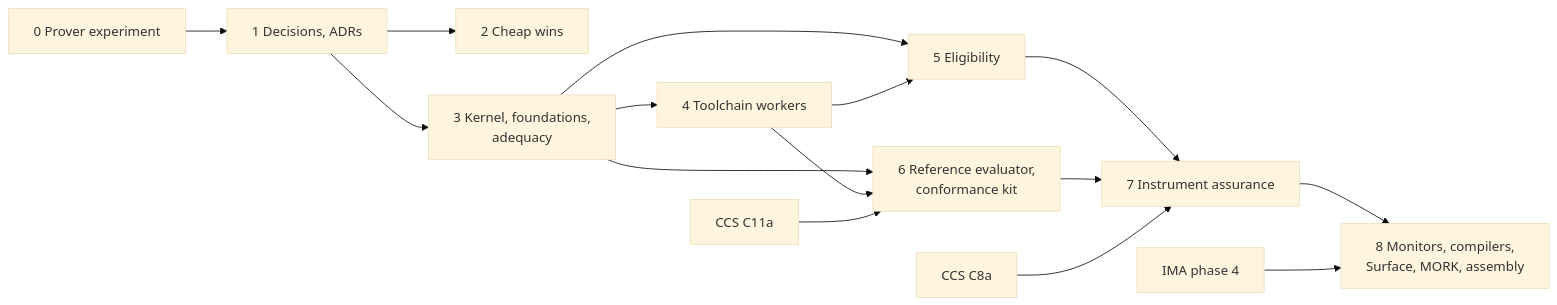
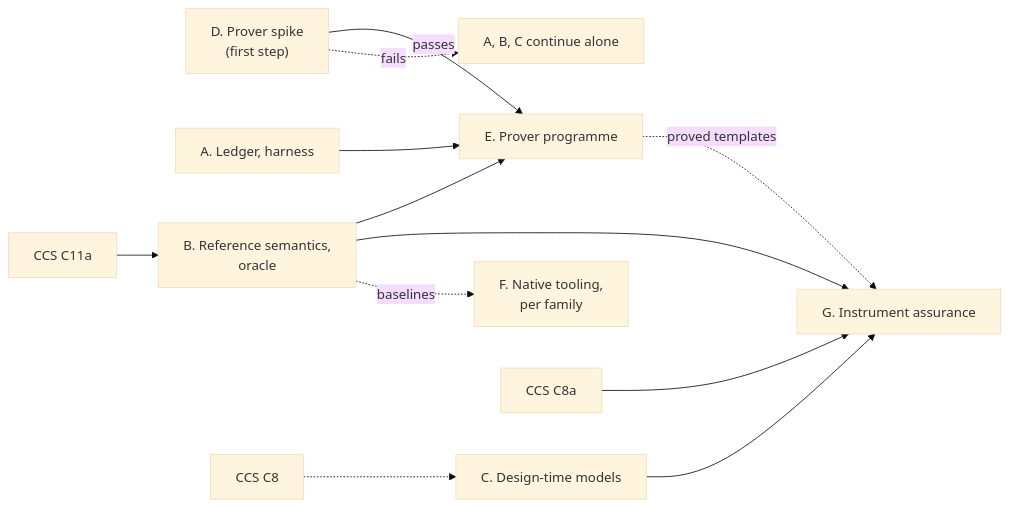
The diagram in docs/developer/plans/formal-methods.md (nebularis/lattice), drawn with Mermaid (base theme) before and after one commit. The commit also changed other lines of this file and 10 other files, not shown here.

````diff
--- a/docs/developer/plans/formal-methods.md
+++ b/docs/developer/plans/formal-methods.md
@@ -63,17 +77,19 @@
 ```mermaid
 flowchart LR
-    P0["0 Prover experiment"] --> P1["1 Decisions, ADRs"]
-    P1 --> P2["2 Cheap wins"]
-    P1 --> P3["3 Kernel, foundations,<br/>adequacy"]
-    P3 --> P4["4 Toolchain workers"]
-    P3 --> P5["5 Eligibility"]
-    P4 --> P5
-    P3 --> P6["6 Reference evaluator,<br/>conformance kit"]
-    P4 --> P6
-    C11a["CCS C11a"] --> P6
-    P5 --> P7["7 Instrument assurance"]
-    P6 --> P7
-    C8a["CCS C8a"] --> P7
-    P7 --> P8["8 Monitors, compilers,<br/>Surface, MORK, assembly"]
-    IMA4["IMA phase 4"] --> P8
+    D["D. Prover spike<br/>(first step)"] -->|passes| E["E. Prover programme"]
+    D -.->|fails| X["A, B, C continue alone"]
+    A["A. Ledger, harness"]
+    B["B. Reference semantics,<br/>oracle"]
+    C["C. Design-time models"]
+    F["F. Native tooling,<br/>per family"]
+    G["G. Instrument assurance"]
+    B --> E
+    A --> E
+    B --> G
+    C --> G
+    E -. "proved templates" .-> G
+    B -. "baselines" .-> F
+    C8["CCS C8"] -.-> C
+    C11a["CCS C11a"] --> B
+    C8a["CCS C8a"] --> G
 ```
````
